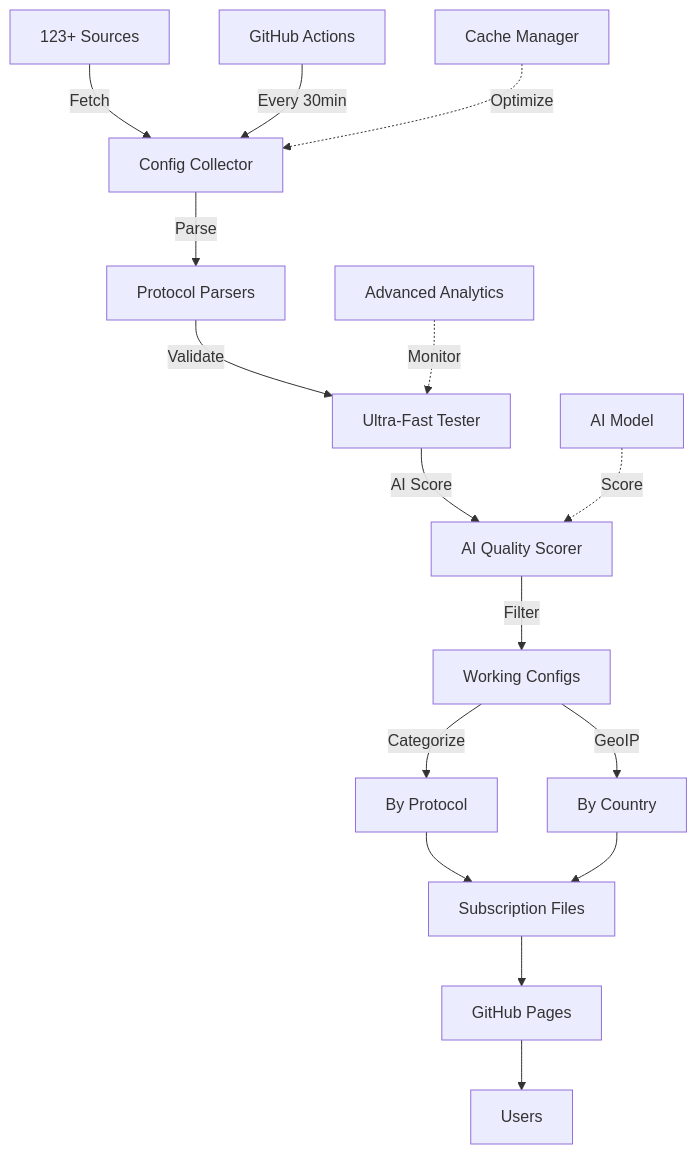
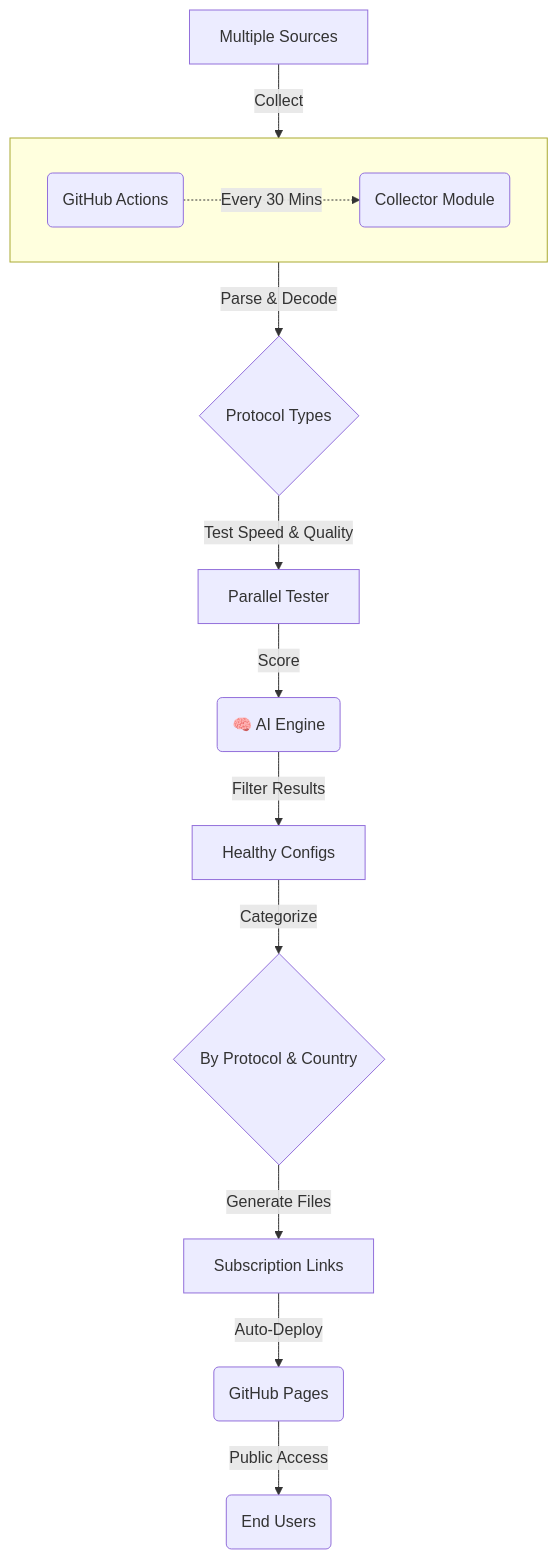
The diagram in README_EN.md (AhmadAkd/Onix-V2Ray-Collector), drawn with Mermaid before and after one commit. The commit also changed other lines of this file, not shown here.

````diff
--- a/README_EN.md
+++ b/README_EN.md
@@ -163,19 +113,17 @@
 ```mermaid
 graph TD
-    A[123+ Sources] -->|Fetch| B[Config Collector]
-    B -->|Parse| C[Protocol Parsers]
-    C -->|Validate| D[Ultra-Fast Tester]
-    D -->|AI Score| E[AI Quality Scorer]
-    E -->|Filter| F[Working Configs]
-    F -->|Categorize| G[By Protocol]
-    F -->|GeoIP| H[By Country]
-    G --> I[Subscription Files]
-    H --> I
-    I --> J[GitHub Pages]
-    J --> K[Users]
-    
-    L[GitHub Actions] -->|Every 30min| B
-    M[Cache Manager] -.->|Optimize| B
-    N[AI Model] -.->|Score| E
-    O[Advanced Analytics] -.->|Monitor| D
+    A[Multiple Sources] -->|Collect| B(Collector Module)
+    B -->|Parse & Decode| C{Protocol Types}
+    C -->|Test Speed & Quality| D[Parallel Tester]
+    D -->|Score| E(🧠 AI Engine)
+    E -->|Filter Results| F[Healthy Configs]
+    F -->|Categorize| G{By Protocol & Country}
+    G -->|Generate Files| H[Subscription Links]
+    H -->|Auto-Deploy| I(GitHub Pages)
+    I -->|Public Access| J(End Users)
+
+    subgraph " "
+        direction LR
+        K(GitHub Actions) -.->|Every 30 Mins| B
+    end
 ```
````
